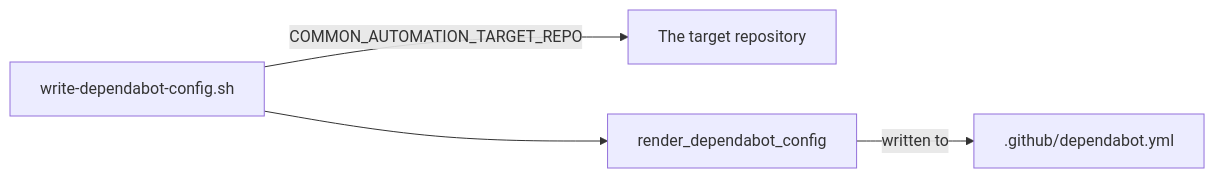
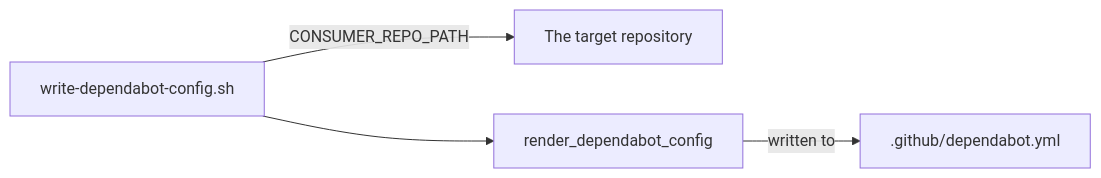
One commit to Klark-Morrigan/Common-Automation changed the third of 12 diagrams in docs/dev/implementation/128-dependabot-action-pins/plan.md. Above: the diagram before and after it, drawn with Mermaid. The commit also changed other lines of this file and 24 other files, not shown here.

Commit message:
chore: rename COMMON_AUTOMATION_TARGET_REPO to CONSUMER_REPO_PATH

````diff
--- a/docs/dev/implementation/128-dependabot-action-pins/plan.md
+++ b/docs/dev/implementation/128-dependabot-action-pins/plan.md
@@ -355,6 +355,6 @@
 ```mermaid
 flowchart LR
-    writer[write-dependabot-config.sh] -->|COMMON_AUTOMATION_TARGET_REPO| target[The target repository]
+    writer[write-dependabot-config.sh] -->|CONSUMER_REPO_PATH| target[The target repository]
     writer --> renderer[render_dependabot_config]
     renderer -->|written to| config[.github/dependabot.yml]
 ```
````
